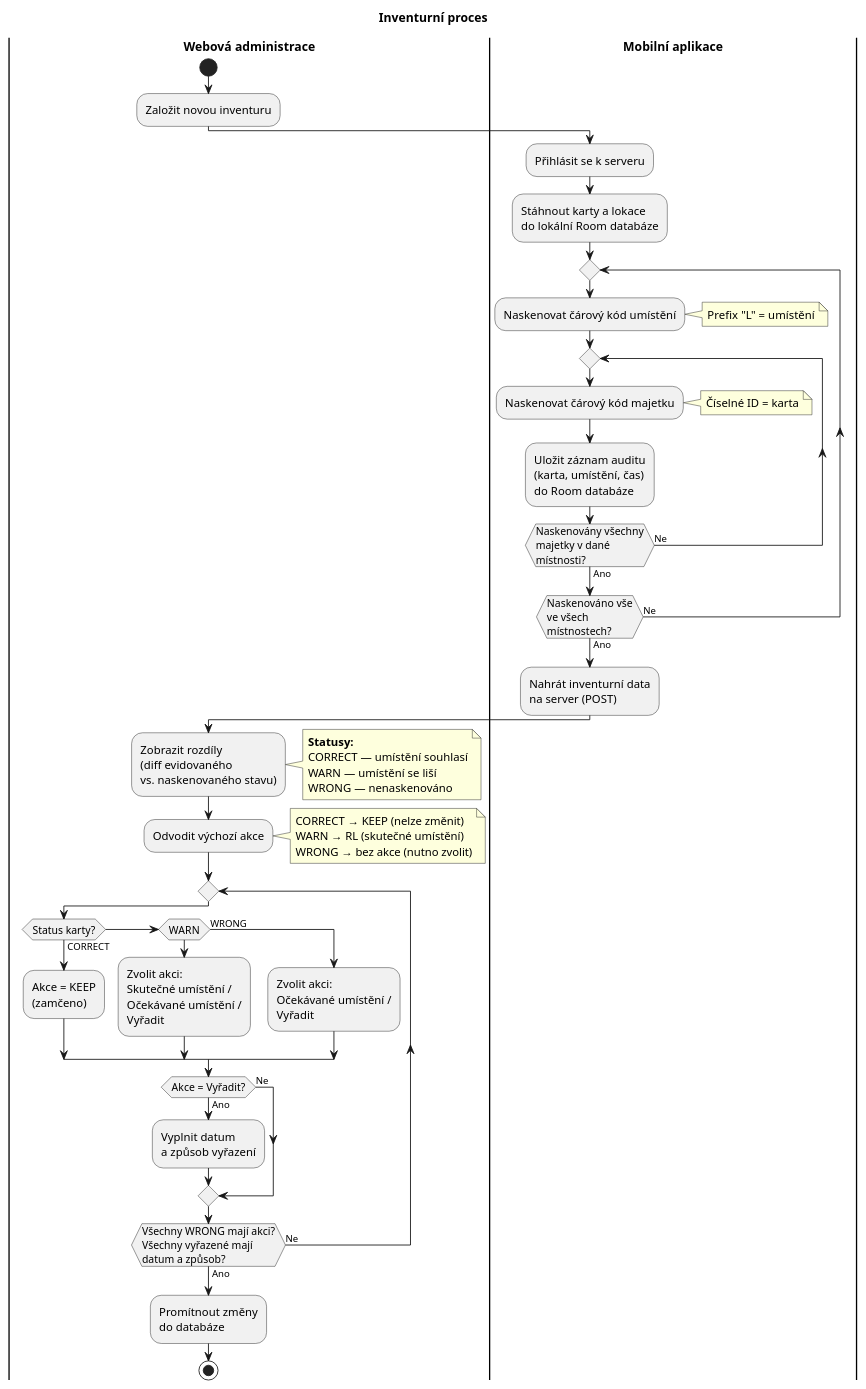
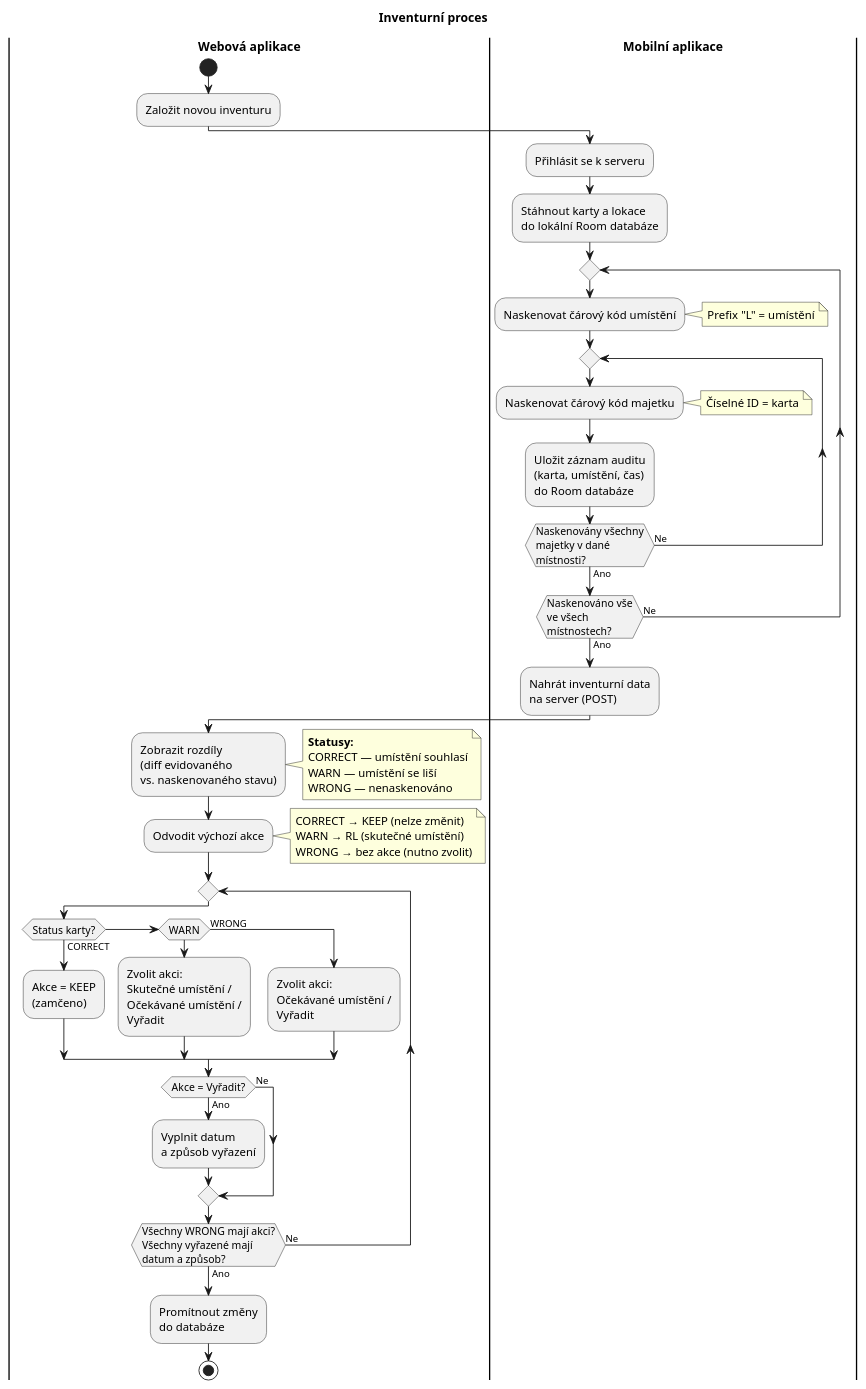
Before and after one commit to ondrasovka04/majetek: the diagram in thesis/diagrams/activity-inventory.puml, drawn with PlantUML. The commit also changed 18 other files, not shown here.

```diff
--- a/thesis/diagrams/activity-inventory.puml
+++ b/thesis/diagrams/activity-inventory.puml
@@ -1,64 +1,64 @@
 @startuml activity-inventory
 skinparam activityFontSize 13
 skinparam activityDiamondFontSize 12
 skinparam swimlaneTitleFontSize 14
 skinparam swimlaneTitleFontStyle bold
 
 title Inventurní proces
 
-|Webová administrace|
+|Webová aplikace|
 start
 :Založit novou inventuru;
 
 |Mobilní aplikace|
 :Přihlásit se k serveru;
 :Stáhnout karty a lokace\ndo lokální Room databáze;
 
 repeat
   :Naskenovat čárový kód umístění;
   note right: Prefix "L" = umístění
   repeat
     :Naskenovat čárový kód majetku;
     note right: Číselné ID = karta
     :Uložit záznam auditu\n(karta, umístění, čas)\ndo Room databáze;
   repeat while (Naskenovány všechny\nmajetky v dané\nmístnosti?) is (Ne) not (Ano)
 repeat while (Naskenováno vše\nve všech\nmístnostech?) is (Ne) not (Ano)
 
 :Nahrát inventurní data\nna server (POST);
 
-|Webová administrace|
+|Webová aplikace|
 :Zobrazit rozdíly\n(diff evidovaného\nvs. naskenovaného stavu);
 
 note right
   **Statusy:**
   CORRECT — umístění souhlasí
   WARN — umístění se liší
   WRONG — nenaskenováno
 end note
 
 :Odvodit výchozí akce;
 note right
   CORRECT → KEEP (nelze změnit)
   WARN → RL (skutečné umístění)
   WRONG → bez akce (nutno zvolit)
 end note
 
 repeat
   if (Status karty?) then (CORRECT)
     :Akce = KEEP\n(zamčeno);
   elseif (WARN) then
     :Zvolit akci:\nSkutečné umístění /\nOčekávané umístění /\nVyřadit;
   else (WRONG)
     :Zvolit akci:\nOčekávané umístění /\nVyřadit;
   endif
   if (Akce = Vyřadit?) then (Ano)
     :Vyplnit datum\na způsob vyřazení;
   else (Ne)
   endif
 repeat while (Všechny WRONG mají akci?\nVšechny vyřazené mají\ndatum a způsob?) is (Ne) not (Ano)
 
 
 :Promítnout změny\ndo databáze;
 stop
 
 @enduml
```
